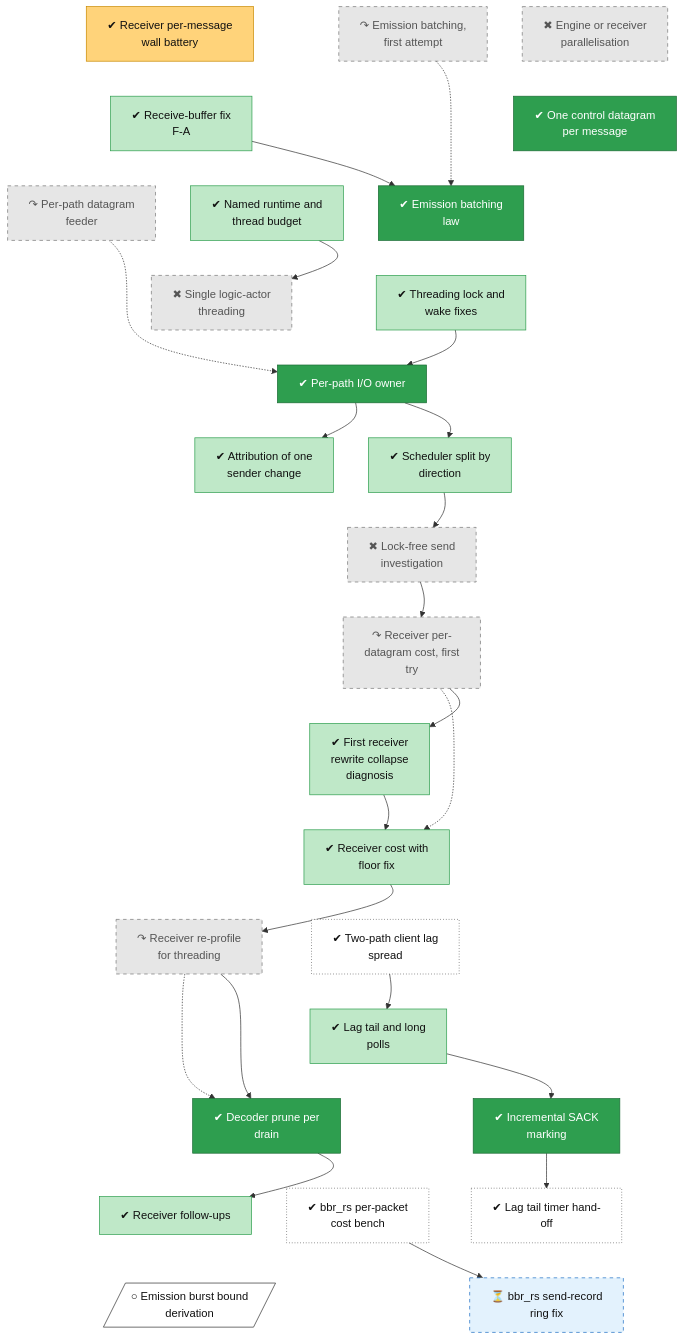
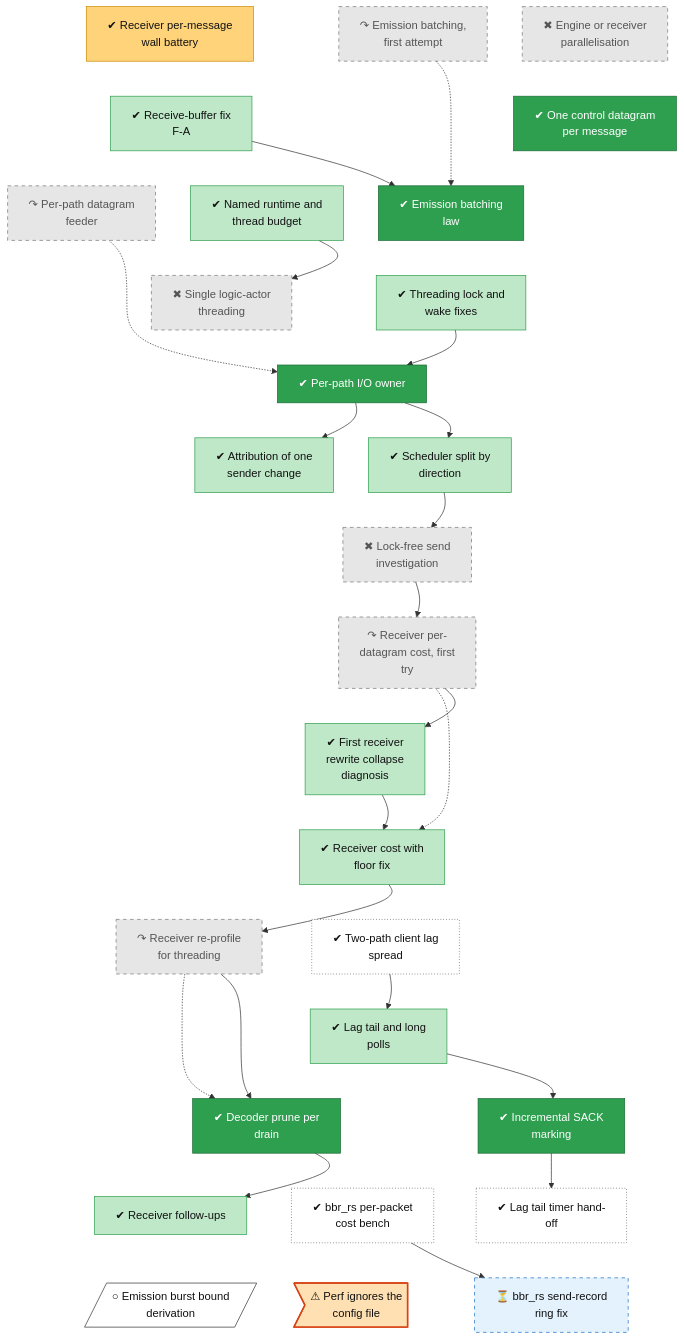
One commit to lhns/raptorpath changed the diagram in docs/roadmap/tracks/perf.md. Above: the diagram before and after it, drawn with Mermaid. The commit also changed other lines of this file and 4 other files, not shown here.

Commit message:
roadmap: static audits triaged (4 unwired fns + 1 param, 24 dead); perf-config-dropped defect; dead-code batch

````diff
--- a/docs/roadmap/tracks/perf.md
+++ b/docs/roadmap/tracks/perf.md
@@ -36,6 +36,7 @@
     perf_bbrrs_ns_cost["✔ bbr_rs per-packet<br/>cost bench"]
     perf_bbrrs_ring_fix["⏳ bbr_rs send-record<br/>ring fix"]
     perf_fix_burst_bound[/"○ Emission burst bound<br/>derivation"/]
+    perf_config_dropped>"⚠ Perf ignores the<br/>config file"]
     perf_parallelisation ~~~ perf_ack_merge
     perf_emit_batch_v1 ~~~ perf_rcvbuf
     perf_recv_msg_wall ~~~ perf_rcvbuf
@@ -65,7 +66,7 @@
     perf_decoder_prune ~~~ perf_bbrrs_ns_cost
     perf_s33_timer ~~~ perf_bbrrs_ring_fix
     perf_receiver_followups ~~~ perf_fix_burst_bound
-    perf_bbrrs_ns_cost ~~~ perf_fix_burst_bound
+    perf_bbrrs_ns_cost ~~~ perf_config_dropped
     perf_emit_batch_v1 -.-> perf_emit_batch_law0
     perf_rcvbuf --> perf_emit_batch_law0
     perf_quic_feeder -.-> perf_io_owner
@@ -106,4 +107,5 @@
     class perf_c8_lag,perf_s33_timer,perf_bbrrs_ns_cost unrated
     class perf_bbrrs_ring_fix waiting
     class perf_fix_burst_bound next
+    class perf_config_dropped defect
 ```
````
